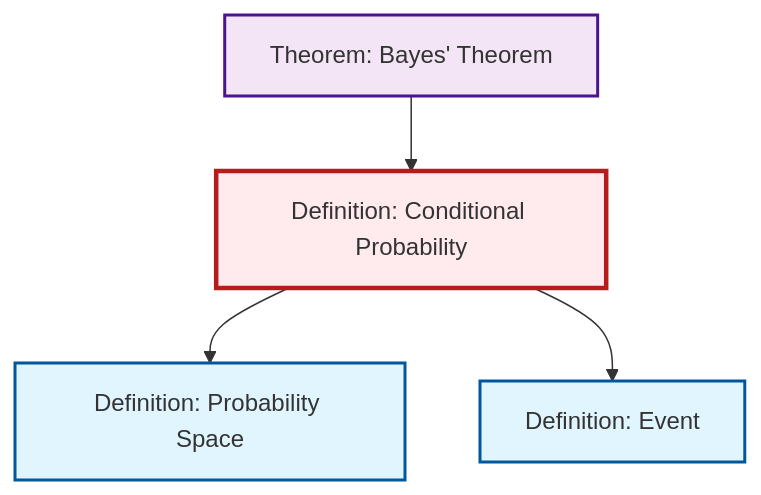
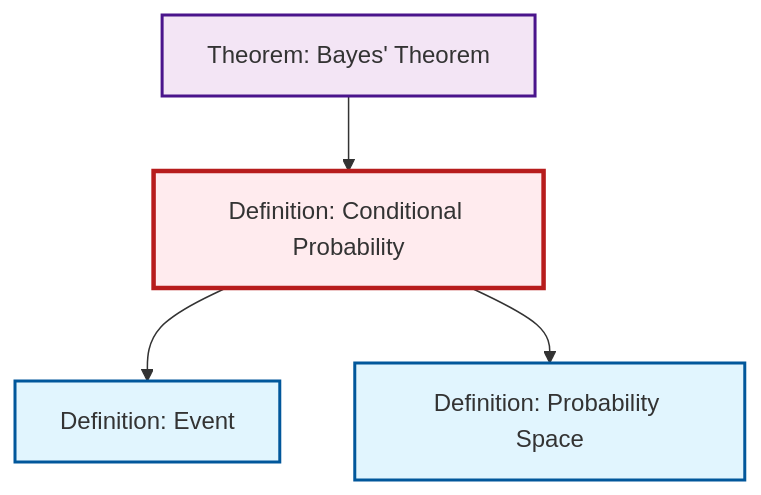
Before and after one commit to RK0429/ModernMath: the diagram in content/ja/probability-statistics/def-conditional-probability.qmd, drawn with Mermaid. The commit also changed other lines of this file and 417 other files, not shown here.

````diff
--- a/content/ja/probability-statistics/def-conditional-probability.qmd
+++ b/content/ja/probability-statistics/def-conditional-probability.qmd
@@ -70,20 +70,20 @@
 ```{mermaid}
 %%| fig-cap: "Local dependency graph"
 graph TD
     classDef definition fill:#e1f5fe,stroke:#01579b,stroke-width:2px
     classDef theorem fill:#f3e5f5,stroke:#4a148c,stroke-width:2px
     classDef axiom fill:#fff3e0,stroke:#e65100,stroke-width:2px
     classDef example fill:#e8f5e9,stroke:#1b5e20,stroke-width:2px
     classDef current fill:#ffebee,stroke:#b71c1c,stroke-width:3px
-    def-conditional-probability["Definition: Conditional Probability"]:::definition
+    def-probability-space["Definition: Probability Space"]:::definition
     thm-bayes["Theorem: Bayes' Theorem"]:::theorem
     def-event["Definition: Event"]:::definition
-    def-probability-space["Definition: Probability Space"]:::definition
+    def-conditional-probability["Definition: Conditional Probability"]:::definition
+    def-conditional-probability --> def-event
+    thm-bayes --> def-conditional-probability
     def-conditional-probability --> def-probability-space
-    thm-bayes --> def-conditional-probability
-    def-conditional-probability --> def-event
     class def-conditional-probability current
+    click def-probability-space "def-probability-space.html" "Definition: Probability Spaceへ"
     click thm-bayes "thm-bayes.html" "Theorem: Bayes' Theoremへ"
     click def-event "def-event.html" "Definition: Eventへ"
-    click def-probability-space "def-probability-space.html" "Definition: Probability Spaceへ"
 ```
````
